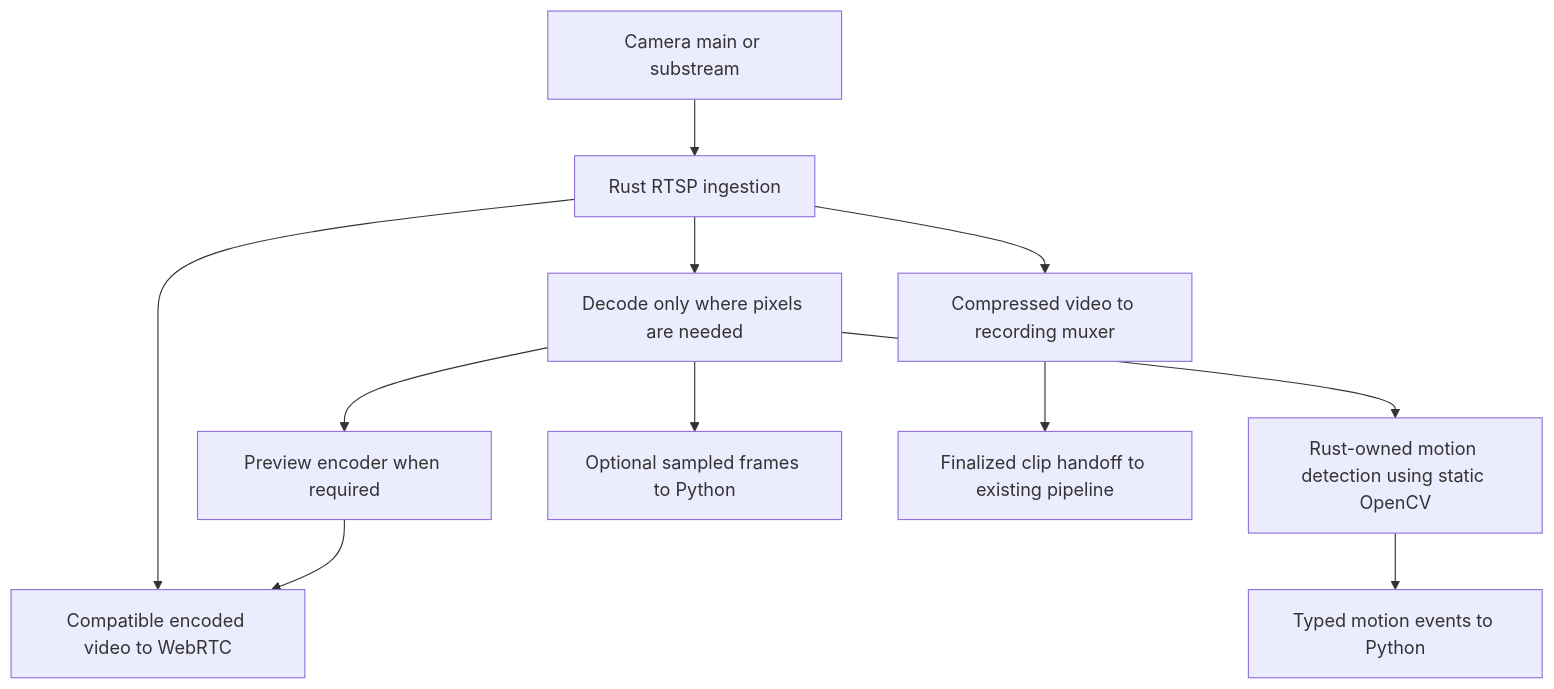
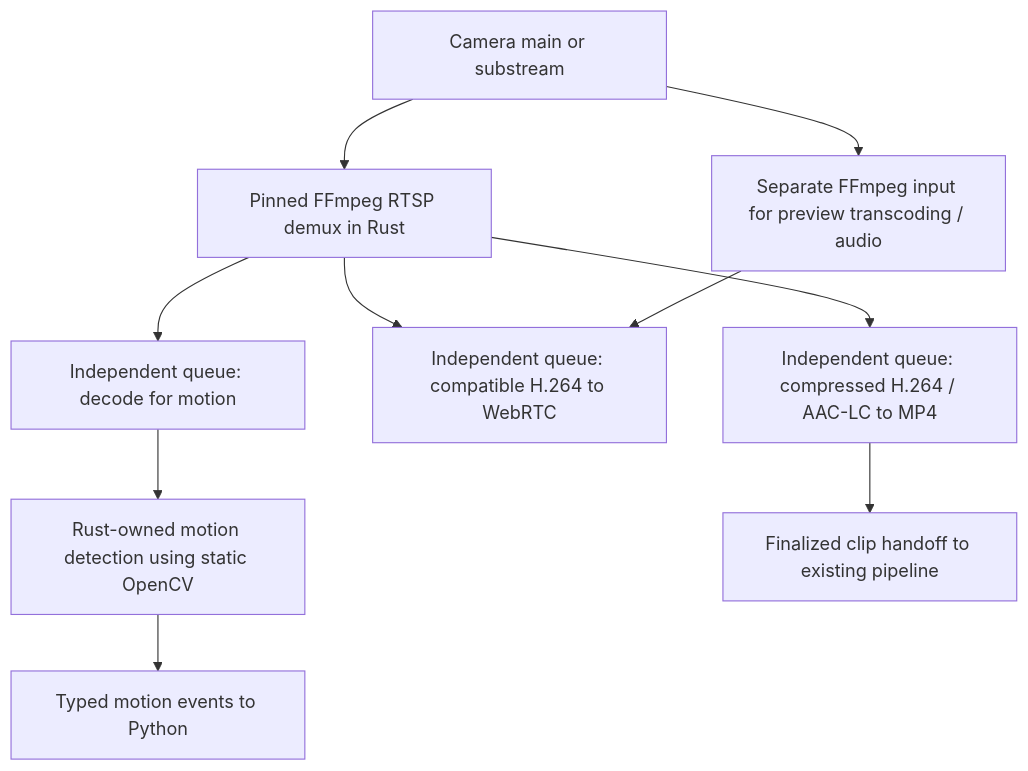
Before and after one commit to lan17/homesec: the diagram in docs/shared-rust-media.md, drawn with Mermaid. The commit also changed other lines of this file and 115 other files, not shown here.

````diff
--- a/docs/shared-rust-media.md
+++ b/docs/shared-rust-media.md
@@ -12,13 +12,12 @@
 ```mermaid
 flowchart TD
-    C["Camera main or substream"] --> I["Rust RTSP ingestion"]
-    I --> R["Compressed video to recording muxer"]
-    I --> W["Compatible encoded video to WebRTC"]
-    I --> D["Decode only where pixels are needed"]
+    C["Camera main or substream"] --> I["Pinned FFmpeg RTSP demux in Rust"]
+    I --> R["Independent queue: compressed H.264 / AAC-LC to MP4"]
+    I --> W["Independent queue: compatible H.264 to WebRTC"]
+    I --> D["Independent queue: decode for motion"]
     D --> M["Rust-owned motion detection using static OpenCV"]
-    D --> E["Preview encoder when required"]
-    E --> W
-    D --> P["Optional sampled frames to Python"]
     M --> O["Typed motion events to Python"]
     R --> F["Finalized clip handoff to existing pipeline"]
+    C --> E["Separate FFmpeg input for preview transcoding / audio"]
+    E --> W
 ```
````
